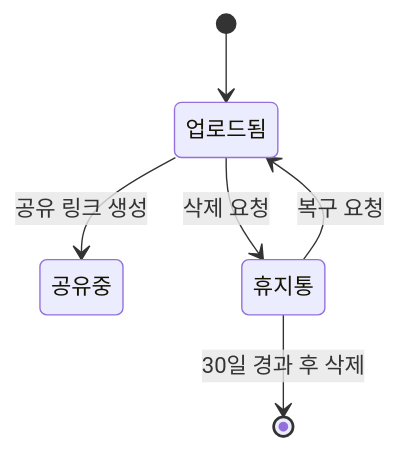
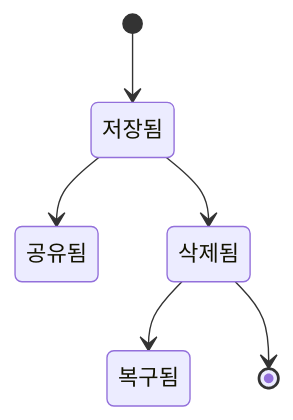
The fourth of 4 diagrams in doc/requirement_analysis.md (min12387/se), drawn with Mermaid before and after one commit. The commit also changed other lines of this file, not shown here.

````diff
--- a/doc/requirement_analysis.md
+++ b/doc/requirement_analysis.md
@@ -275,11 +151,11 @@
 ```mermaid
 stateDiagram-v2
 
-    [*] --> 업로드됨
+    [*] --> 저장됨
 
-    업로드됨 --> 공유중: 공유 링크 생성
-    업로드됨 --> 휴지통: 삭제 요청
+    저장됨 --> 공유됨
+    저장됨 --> 삭제됨
 
-    휴지통 --> 업로드됨: 복구 요청
-    휴지통 --> [*]: 30일 경과 후 삭제
+    삭제됨 --> 복구됨
+    삭제됨 --> [*]
 ```
````
